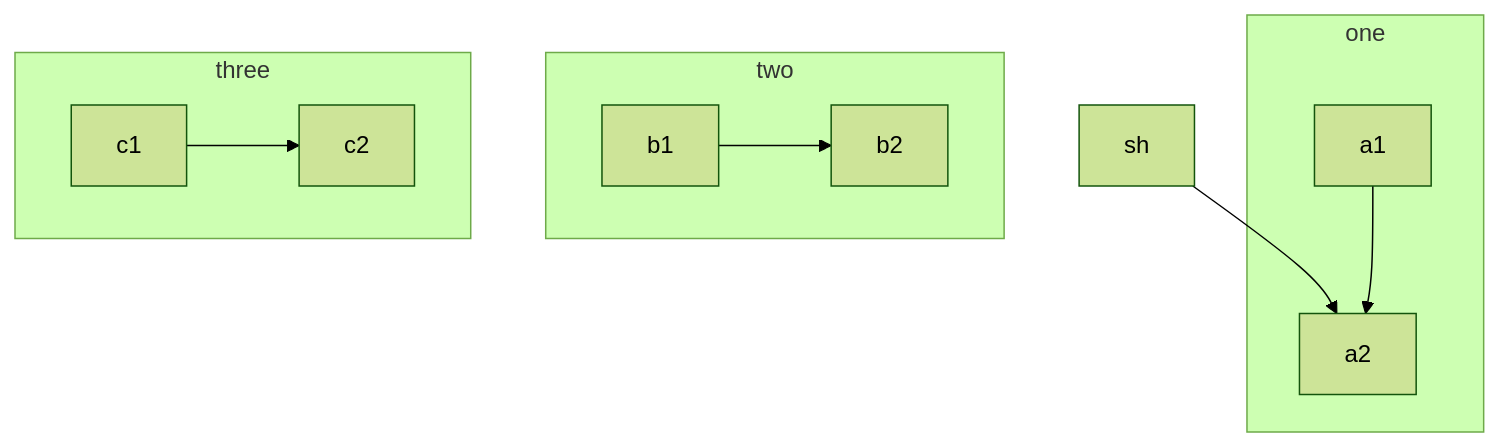
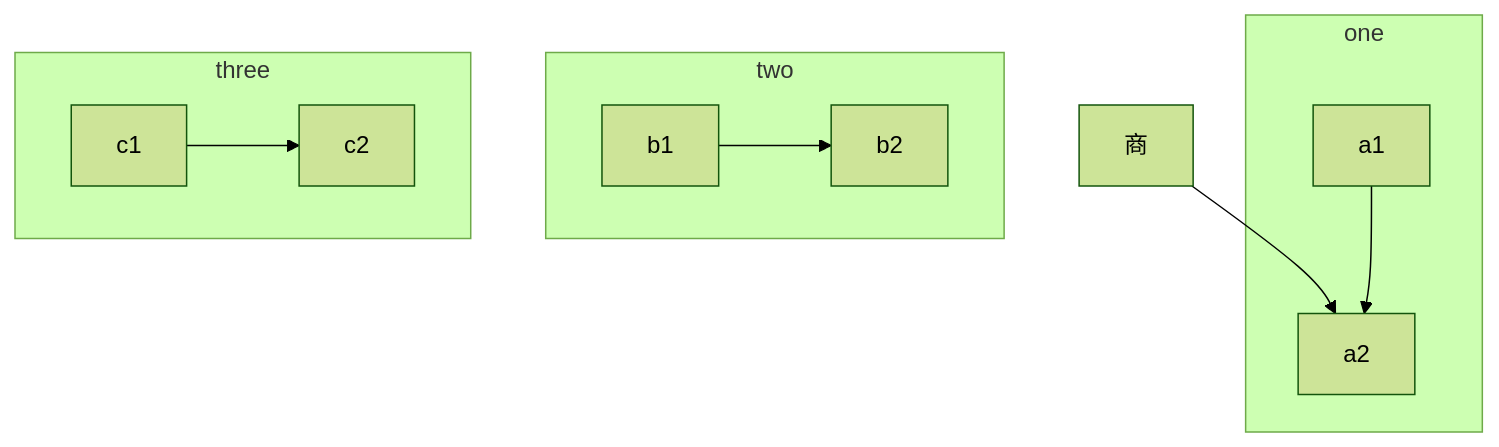
The diagram in all/TEMU链路图.md (Zora0203/iodraw-files), drawn with Mermaid (forest theme) before and after one commit.

Commit message:
2024-12-06 16:25:30 update

````diff
--- a/all/TEMU链路图.md
+++ b/all/TEMU链路图.md
@@ -1,15 +1,15 @@
 ```mermaid
 
 
 flowchart TB
-    sh-->a2
+    商-->a2
     subgraph one
     a1-->a2
     end
     subgraph two
     b1-->b2
     end
     subgraph three
     c1-->c2
     end
 ```
````
